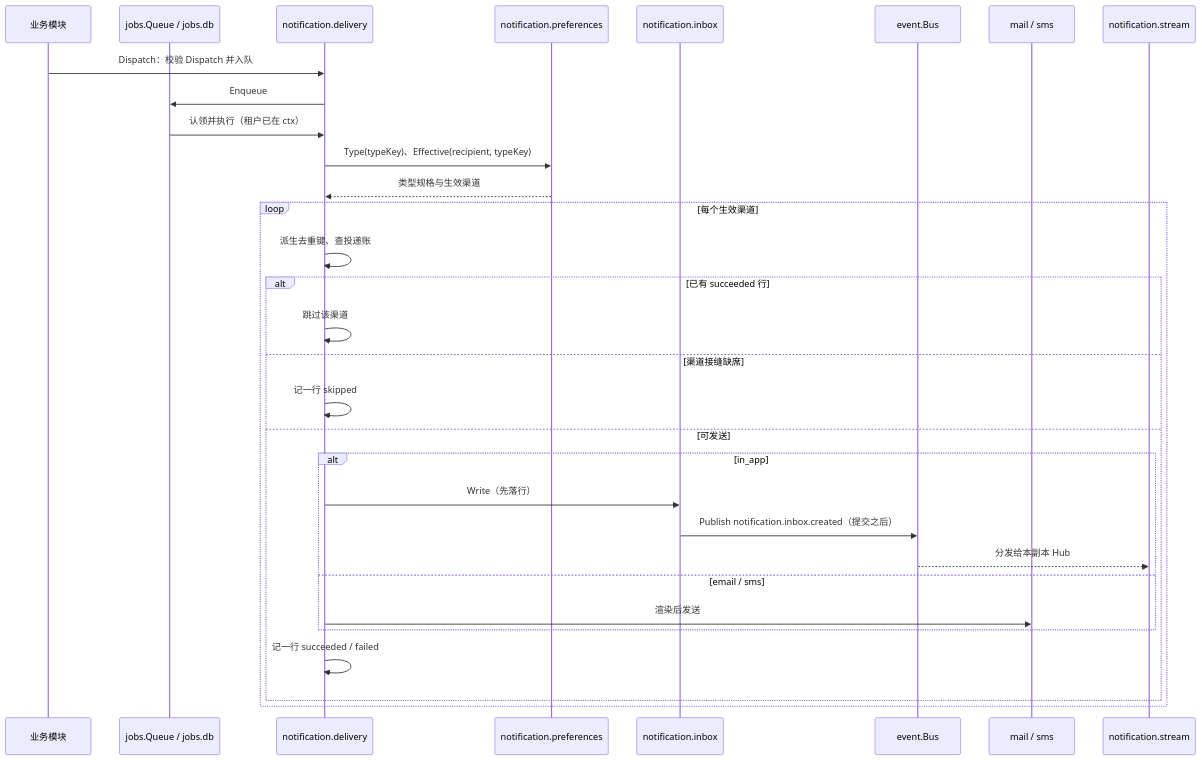
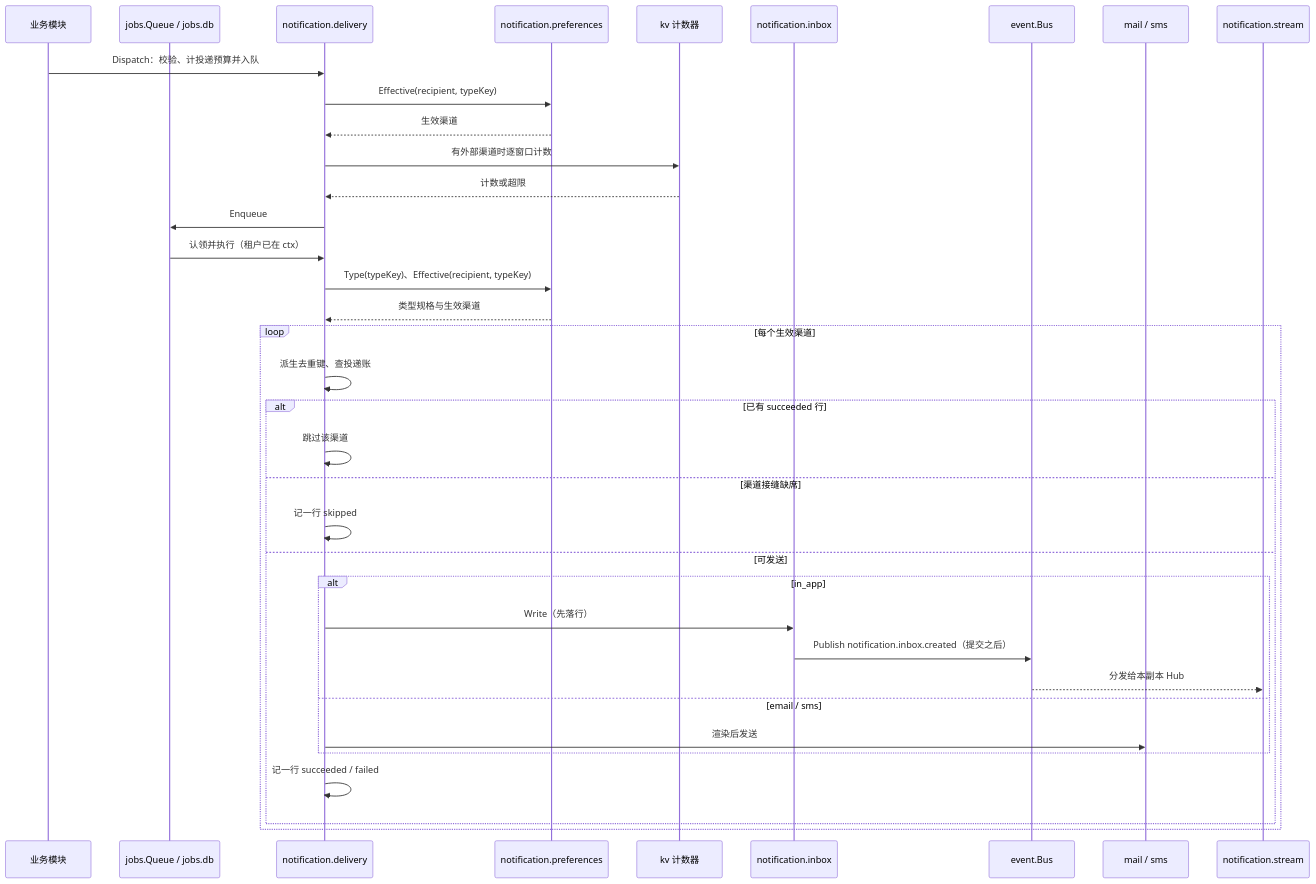
One commit to wangzw/speed changed the second of 2 diagrams in docs/design/modules/notification/design-notification.md. Above: the diagram before and after it, drawn with Mermaid. The commit also changed other lines of this file and 12 other files, not shown here.

````diff
--- a/docs/design/modules/notification/design-notification.md
+++ b/docs/design/modules/notification/design-notification.md
@@ -323,33 +325,38 @@
 ```mermaid
 sequenceDiagram
     participant B as 业务模块
     participant Q as jobs.Queue / jobs.db
     participant D as notification.delivery
     participant P as notification.preferences
+    participant K as kv 计数器
     participant I as notification.inbox
     participant Bus as event.Bus
     participant X as mail / sms
     participant S as notification.stream
-    B->>D: Dispatch：校验 Dispatch 并入队
+    B->>D: Dispatch：校验、计投递预算并入队
+    D->>P: Effective(recipient, typeKey)
+    P-->>D: 生效渠道
+    D->>K: 有外部渠道时逐窗口计数
+    K-->>D: 计数或超限
     D->>Q: Enqueue
     Q->>D: 认领并执行（租户已在 ctx）
     D->>P: Type(typeKey)、Effective(recipient, typeKey)
     P-->>D: 类型规格与生效渠道
     loop 每个生效渠道
         D->>D: 派生去重键、查投递账
         alt 已有 succeeded 行
             D->>D: 跳过该渠道
         else 渠道接缝缺席
             D->>D: 记一行 skipped
         else 可发送
             alt in_app
                 D->>I: Write（先落行）
                 I->>Bus: Publish notification.inbox.created（提交之后）
                 Bus-->>S: 分发给本副本 Hub
             else email / sms
                 D->>X: 渲染后发送
             end
             D->>D: 记一行 succeeded / failed
         end
     end
 ```
````
